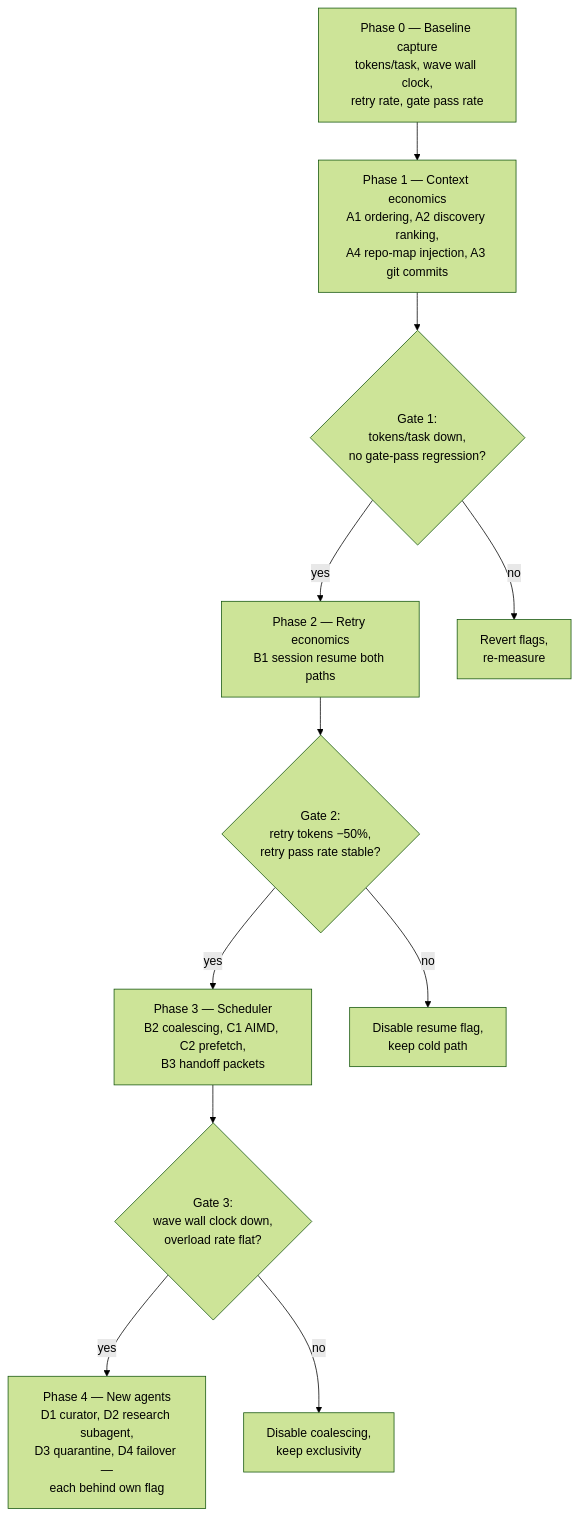
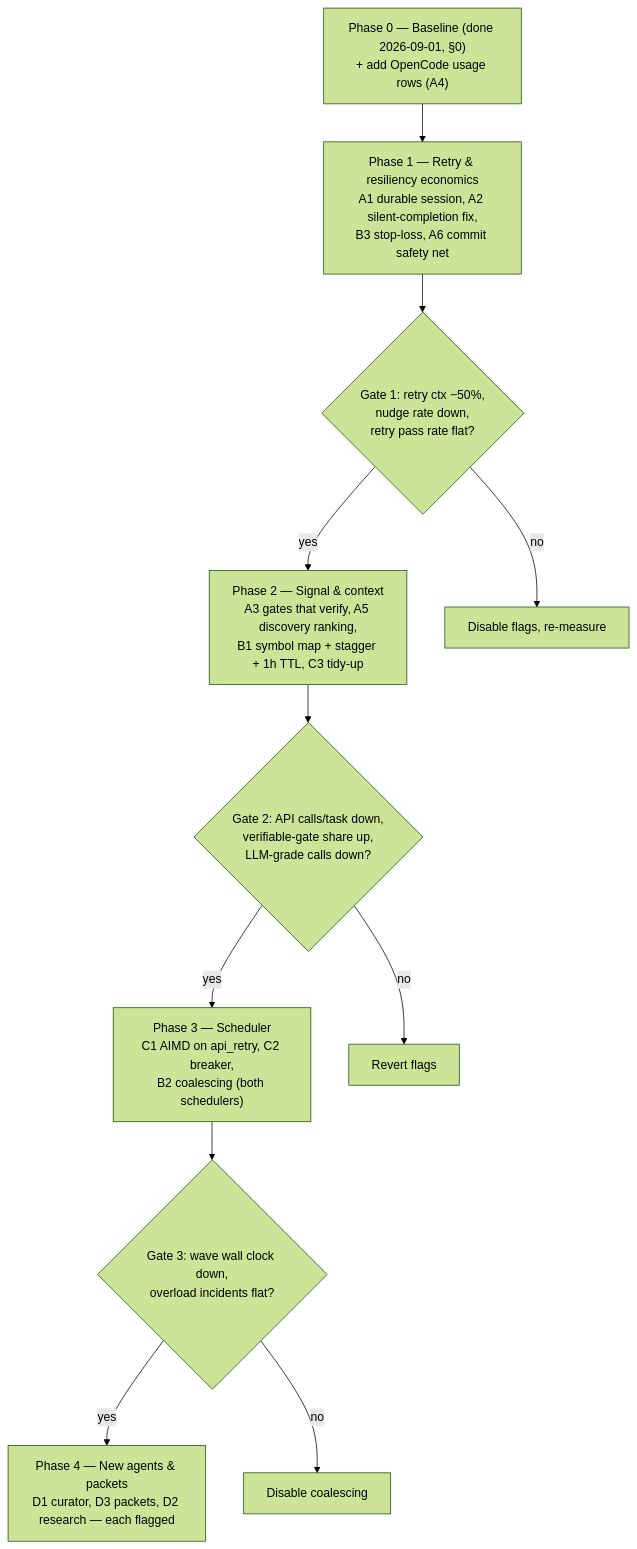
One commit to unosquare-eduardotorres/CodeAtelier changed the diagram in docs/blueprint-execution-improvements.md. Above: the diagram before and after it, drawn with Mermaid (forest theme). The commit also changed other lines of this file and 42 other files, not shown here.

````diff
--- a/docs/blueprint-execution-improvements.md
+++ b/docs/blueprint-execution-improvements.md
@@ -179,13 +233,13 @@
 ```mermaid
 flowchart TD
-    P0["Phase 0 — Baseline capture<br/>tokens/task, wave wall clock,<br/>retry rate, gate pass rate"] --> P1
-    P1["Phase 1 — Context economics<br/>A1 ordering, A2 discovery ranking,<br/>A4 repo-map injection, A3 git commits"] --> G1{"Gate 1:<br/>tokens/task down,<br/>no gate-pass regression?"}
-    G1 -->|yes| P2["Phase 2 — Retry economics<br/>B1 session resume both paths"]
-    G1 -->|no| FIX1["Revert flags,<br/>re-measure"]
-    P2 --> G2{"Gate 2:<br/>retry tokens −50%,<br/>retry pass rate stable?"}
-    G2 -->|yes| P3["Phase 3 — Scheduler<br/>B2 coalescing, C1 AIMD, C2 prefetch,<br/>B3 handoff packets"]
-    G2 -->|no| FIX2["Disable resume flag,<br/>keep cold path"]
-    P3 --> G3{"Gate 3:<br/>wave wall clock down,<br/>overload rate flat?"}
-    G3 -->|yes| P4["Phase 4 — New agents<br/>D1 curator, D2 research subagent,<br/>D3 quarantine, D4 failover —<br/>each behind own flag"]
-    G3 -->|no| FIX3["Disable coalescing,<br/>keep exclusivity"]
+    P0["Phase 0 — Baseline (done 2026-09-01, §0)<br/>+ add OpenCode usage rows (A4)"] --> P1
+    P1["Phase 1 — Retry & resiliency economics<br/>A1 durable session, A2 silent-completion fix,<br/>B3 stop-loss, A6 commit safety net"] --> G1{"Gate 1: retry ctx −50%,<br/>nudge rate down,<br/>retry pass rate flat?"}
+    G1 -->|yes| P2["Phase 2 — Signal & context<br/>A3 gates that verify, A5 discovery ranking,<br/>B1 symbol map + stagger + 1h TTL, C3 tidy-up"]
+    G1 -->|no| FIX1["Disable flags, re-measure"]
+    P2 --> G2{"Gate 2: API calls/task down,<br/>verifiable-gate share up,<br/>LLM-grade calls down?"}
+    G2 -->|yes| P3["Phase 3 — Scheduler<br/>C1 AIMD on api_retry, C2 breaker,<br/>B2 coalescing (both schedulers)"]
+    G2 -->|no| FIX2["Revert flags"]
+    P3 --> G3{"Gate 3: wave wall clock down,<br/>overload incidents flat?"}
+    G3 -->|yes| P4["Phase 4 — New agents & packets<br/>D1 curator, D3 packets, D2 research — each flagged"]
+    G3 -->|no| FIX3["Disable coalescing"]
 ```
````
